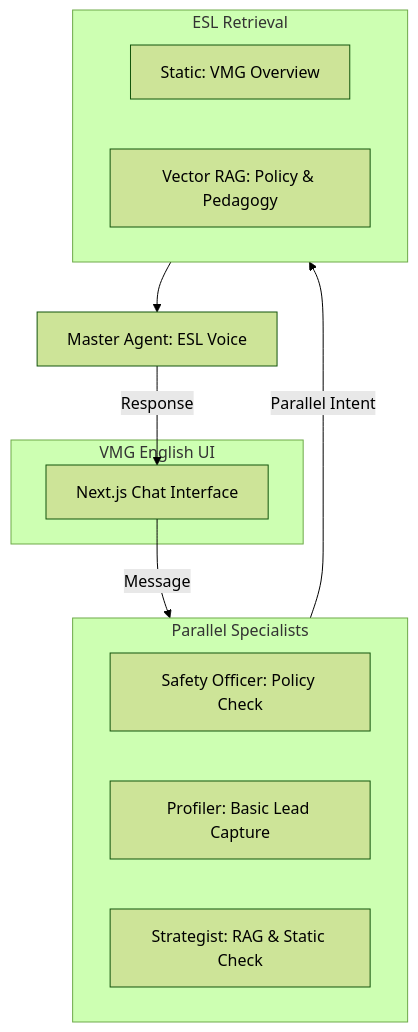
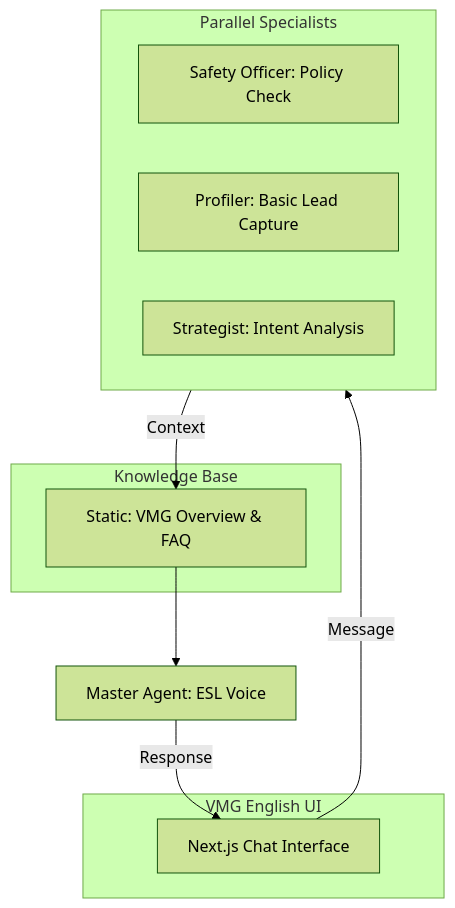
One commit to DragonL57/vmg_chatbot changed the first of 2 diagrams in README.md. Above: the diagram before and after it, drawn with Mermaid (forest theme). The commit also changed other lines of this file, not shown here.

Commit message:
refactor: Update README to enhance clarity on system architecture and features; remove RAG references and improve knowledge management section

````diff
--- a/README.md
+++ b/README.md
@@ -12,22 +12,21 @@
 ```mermaid
 graph TD
     subgraph ESL_UI [VMG English UI]
         UI1[Next.js Chat Interface]
     end
 
     subgraph ESL_Intelligence [Parallel Specialists]
         SA1[Safety Officer: Policy Check]
         PR1[Profiler: Basic Lead Capture]
-        ST1[Strategist: RAG & Static Check]
+        ST1[Strategist: Intent Analysis]
     end
 
-    subgraph ESL_Knowledge [ESL Retrieval]
-        SK1[Static: VMG Overview]
-        RE1[Vector RAG: Policy & Pedagogy]
+    subgraph ESL_Knowledge [Knowledge Base]
+        SK1[Static: VMG Overview & FAQ]
     end
 
     UI1 -->|Message| ESL_Intelligence
-    ESL_Intelligence -->|Parallel Intent| ESL_Knowledge
-    ESL_Knowledge --> MS1[Master Agent: ESL Voice]
+    ESL_Intelligence -->|Context| SK1
+    SK1 --> MS1[Master Agent: ESL Voice]
     MS1 -->|Response| UI1
 ```
````
